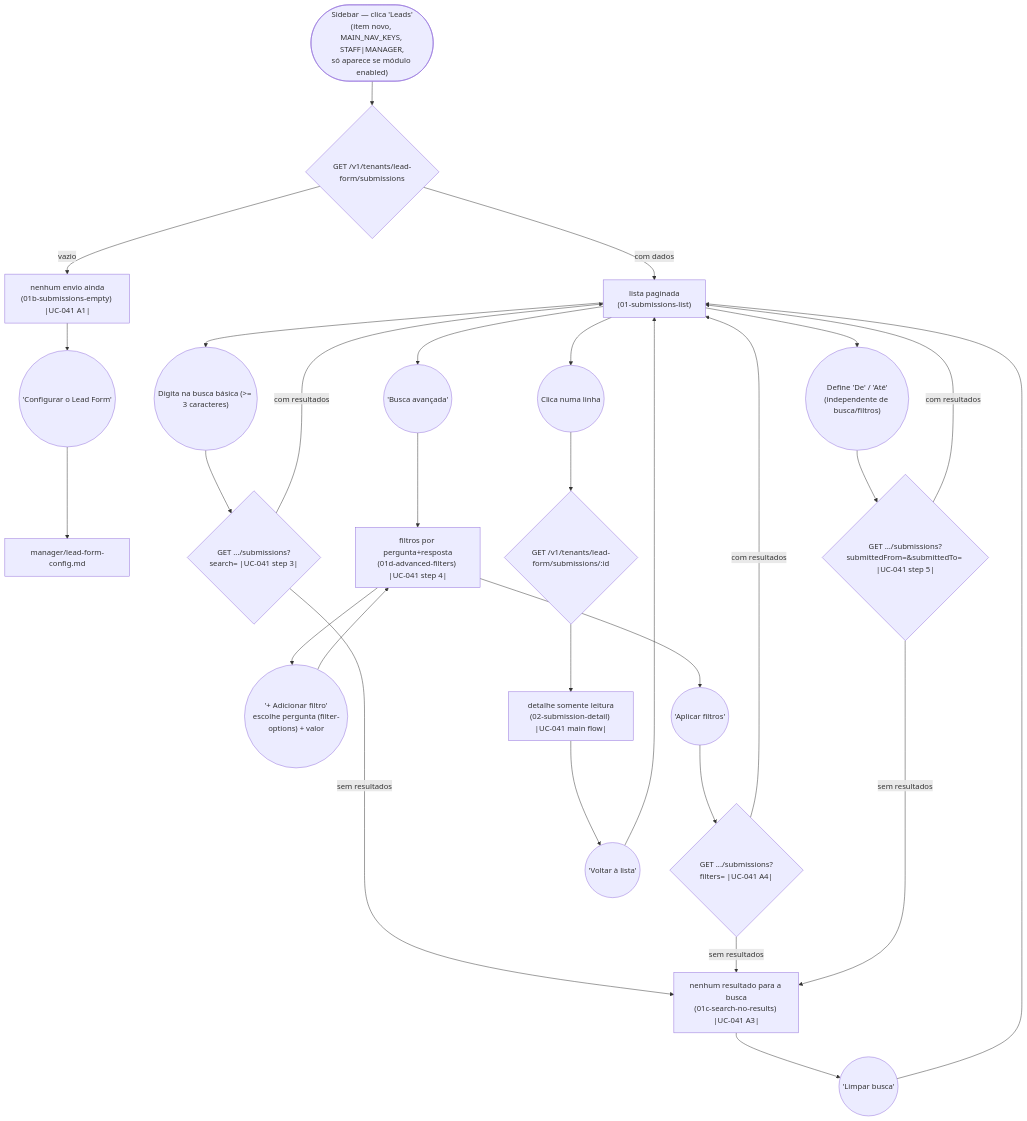
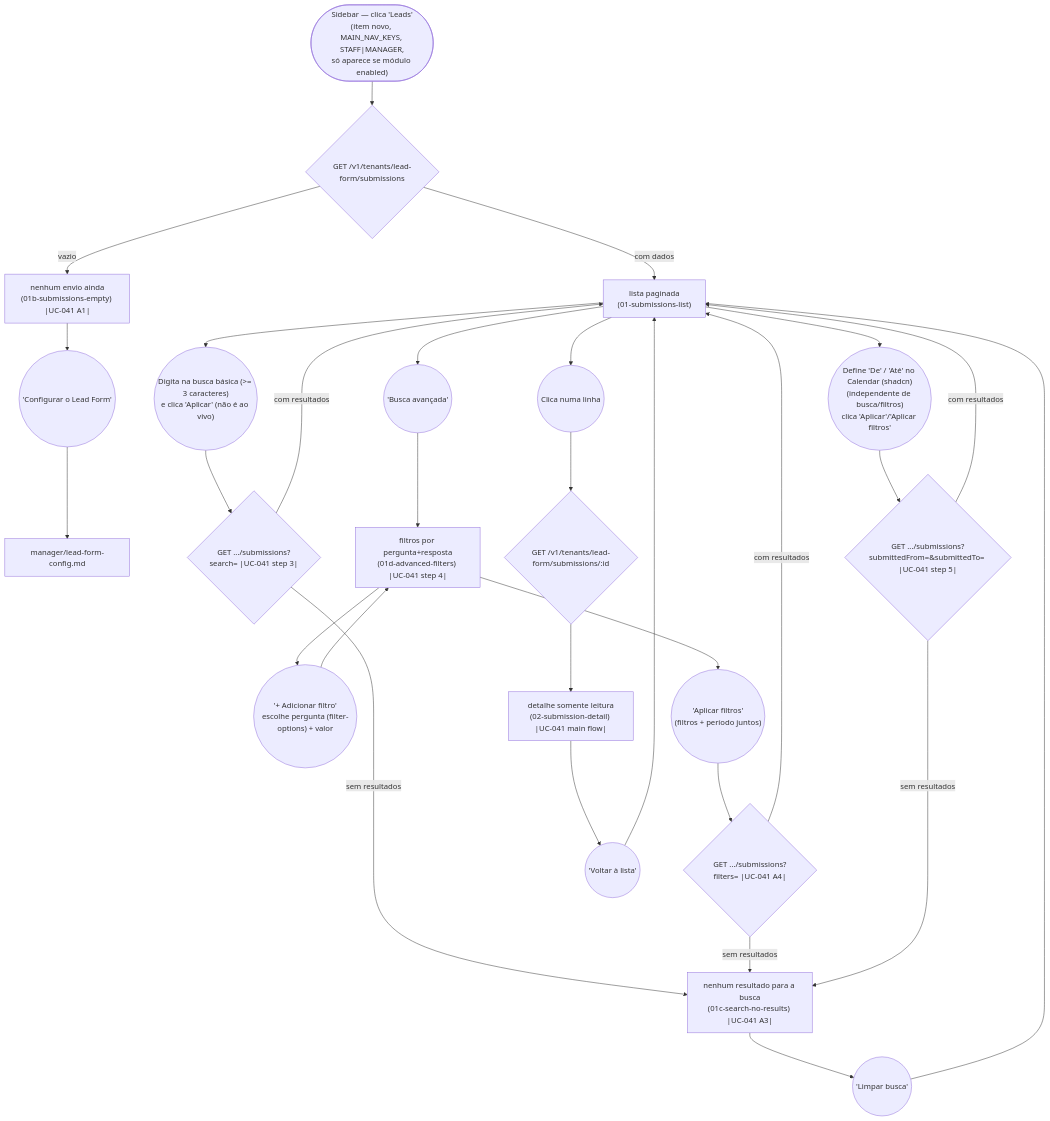
Before and after one commit to lmmoreira/ikaro: the diagram in plan/journey/manager/lead-form-submissions.md, drawn with Mermaid. The commit also changed other lines of this file and 18 other files, not shown here.

````diff
--- a/plan/journey/manager/lead-form-submissions.md
+++ b/plan/journey/manager/lead-form-submissions.md
@@ -12,36 +12,36 @@
 ```mermaid
 flowchart TD
     Start(["Sidebar — clica 'Leads'<br/>(item novo, MAIN_NAV_KEYS, STAFF|MANAGER,<br/>só aparece se módulo enabled)"]) --> List{"GET /v1/tenants/lead-form/submissions"}
     List -- "vazio" --> Empty["nenhum envio ainda<br/>(01b-submissions-empty) |UC-041 A1|"]
     List -- "com dados" --> Submissions["lista paginada<br/>(01-submissions-list)"]
 
     Empty --> ToConfig(("'Configurar o Lead Form'"))
     ToConfig --> ConfigJourney["manager/lead-form-config.md"]
 
-    Submissions --> TypeSearch(("Digita na busca básica (>= 3 caracteres)"))
+    Submissions --> TypeSearch(("Digita na busca básica (>= 3 caracteres)<br/>e clica 'Aplicar' (não é ao vivo)"))
     TypeSearch --> SearchQuery{"GET .../submissions?search= |UC-041 step 3|"}
     SearchQuery -- "sem resultados" --> NoResults["nenhum resultado para a busca<br/>(01c-search-no-results) |UC-041 A3|"]
     SearchQuery -- "com resultados" --> Submissions
     NoResults --> ClearSearch(("'Limpar busca'"))
     ClearSearch --> Submissions
 
     Submissions --> OpenAdvanced(("'Busca avançada'"))
     OpenAdvanced --> Advanced["filtros por pergunta+resposta<br/>(01d-advanced-filters) |UC-041 step 4|"]
     Advanced --> AddFilterRow(("'+ Adicionar filtro'<br/>escolhe pergunta (filter-options) + valor"))
     AddFilterRow --> Advanced
-    Advanced --> ApplyFilters(("'Aplicar filtros'"))
+    Advanced --> ApplyFilters(("'Aplicar filtros'<br/>(filtros + período juntos)"))
     ApplyFilters --> FiltersQuery{"GET .../submissions?filters= |UC-041 A4|"}
     FiltersQuery -- "sem resultados" --> NoResults
     FiltersQuery -- "com resultados" --> Submissions
 
-    Submissions --> SetDateRange(("Define 'De' / 'Até'<br/>(independente de busca/filtros)"))
+    Submissions --> SetDateRange(("Define 'De' / 'Até' no Calendar (shadcn)<br/>(independente de busca/filtros)<br/>clica 'Aplicar'/'Aplicar filtros'"))
     SetDateRange --> DateRangeQuery{"GET .../submissions?submittedFrom=&submittedTo= |UC-041 step 5|"}
     DateRangeQuery -- "sem resultados" --> NoResults
     DateRangeQuery -- "com resultados" --> Submissions
 
     Submissions --> ClickRow(("Clica numa linha"))
     ClickRow --> Detail{"GET /v1/tenants/lead-form/submissions/:id"}
     Detail --> Detail2["detalhe somente leitura<br/>(02-submission-detail) |UC-041 main flow|"]
     Detail2 --> Back(("'Voltar à lista'"))
     Back --> Submissions
 ```
````
